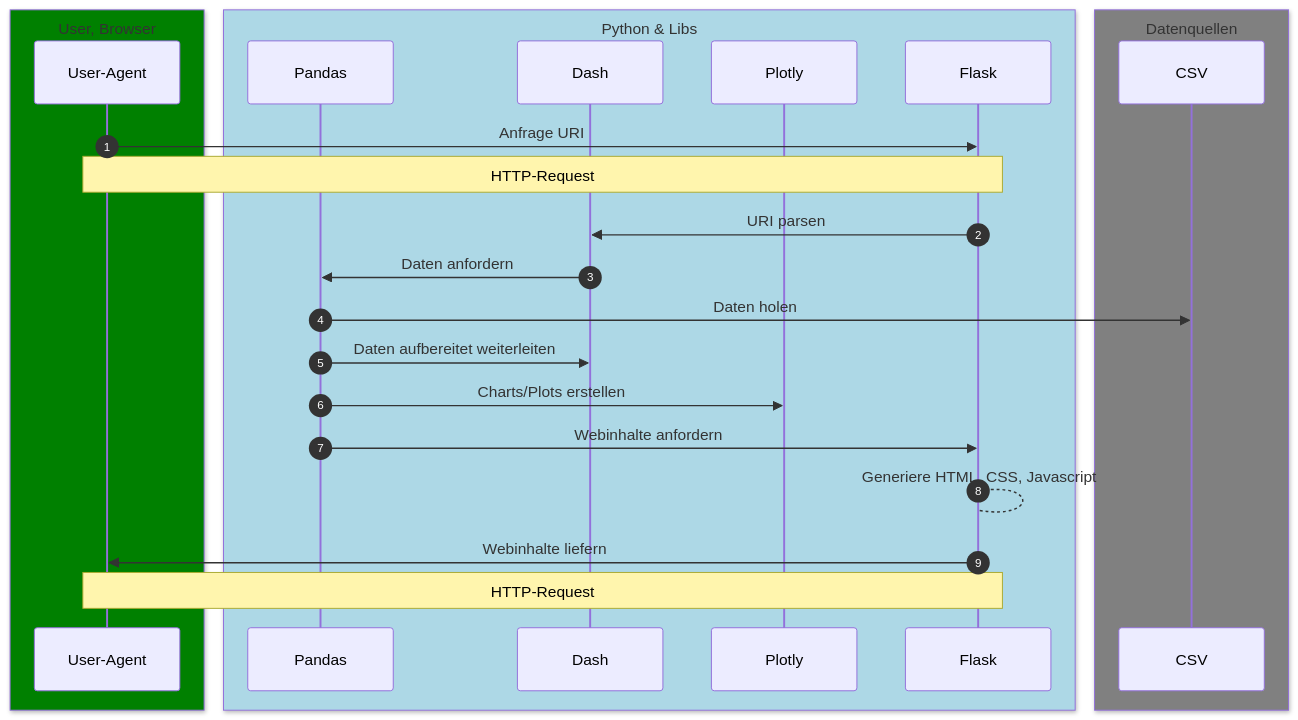
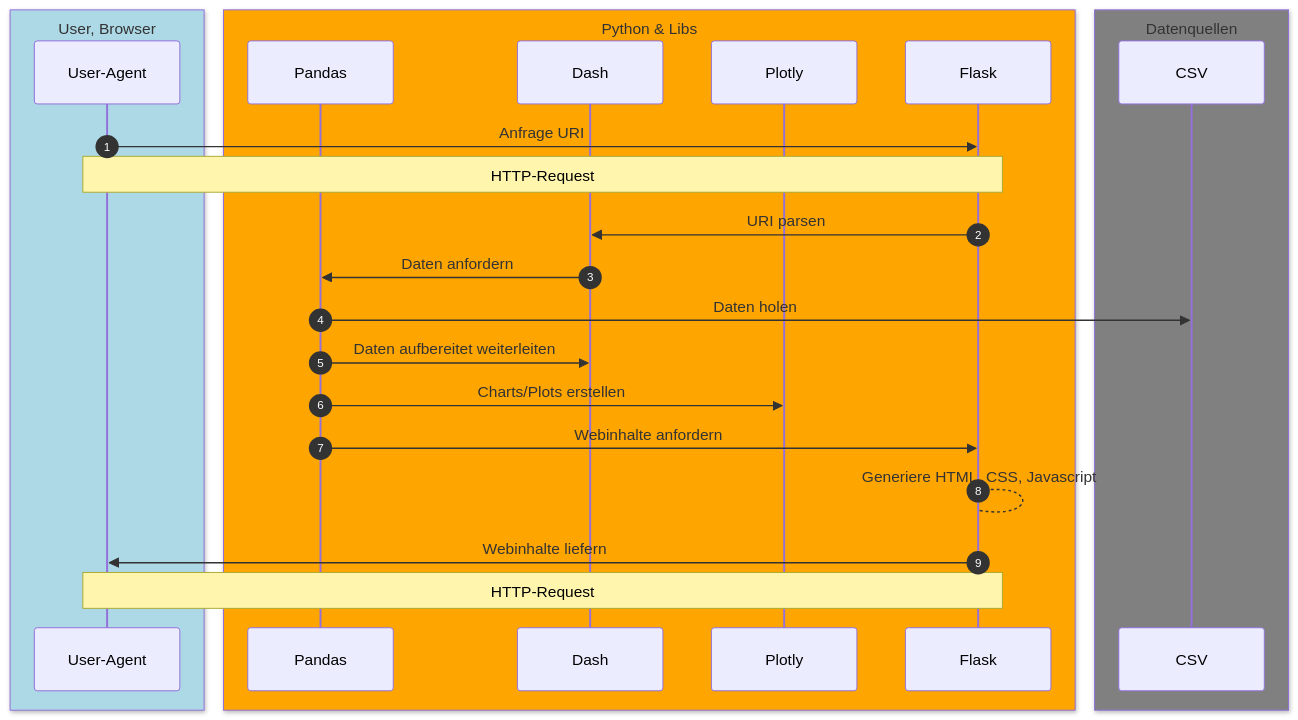
One commit to nevsglueckauf/wq changed the diagram in Documentation/Architektur_Python.md. Above: the diagram before and after it, drawn with Mermaid. The commit also changed 11 other files, not shown here.

````diff
--- a/Documentation/Architektur_Python.md
+++ b/Documentation/Architektur_Python.md
@@ -7,37 +7,37 @@
 ```mermaid
 sequenceDiagram
 autonumber
     
-    box green User, Browser
+    box lightblue User, Browser
     participant User-Agent
     end
 
-    box lightblue  Python & Libs
+    box ORANGE  Python & Libs
     participant Pandas
     participant Dash
     participant Plotly
     participant Flask
     end
 
     box gray Datenquellen
     participant CSV
     end
     
     User-Agent->>Flask: Anfrage URI
     Note over User-Agent, Flask: HTTP-Request
     
     Flask->>Dash: URI parsen
     Dash->>Pandas: Daten anfordern
     Pandas ->> CSV: Daten holen
     Pandas ->> Dash: Daten aufbereitet weiterleiten
     Pandas ->> Plotly: Charts/Plots erstellen
     Pandas ->> Flask: Webinhalte anfordern 
     Flask --> Flask: Generiere HTML, CSS, Javascript
     
     Flask->>User-Agent: Webinhalte liefern
     Note over User-Agent, Flask: HTTP-Request
     
 
    
    
 ```
````
